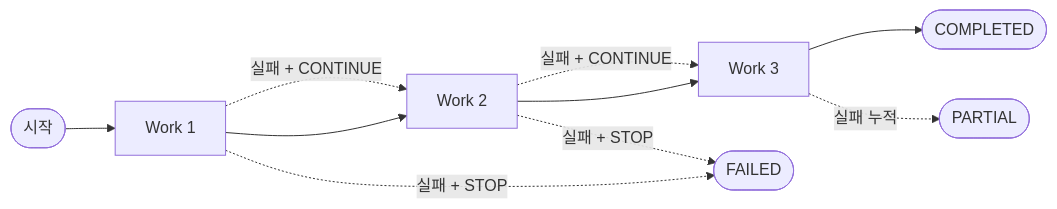
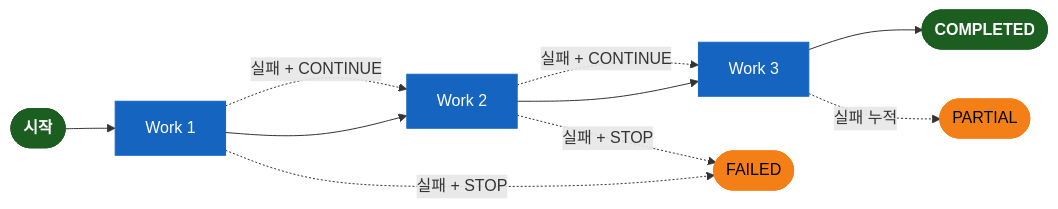
Before and after one commit to bluetape4k/bluetape4k-projects: the fourth of 8 diagrams in utils/workflow/README.ko.md, drawn with Mermaid. The commit also changed other lines of this file and 221 other files, not shown here.

First line of the commit message:
docs: 전체 모듈 README UML 다이어그램 보강 및 색상 업그레이드

````diff
--- a/utils/workflow/README.ko.md
+++ b/utils/workflow/README.ko.md
@@ -147,9 +168,17 @@
 ```mermaid
 flowchart LR
     S([시작]) --> W1[Work 1] --> W2[Work 2] --> W3[Work 3] --> E([COMPLETED])
     W1 -. "실패 + STOP" .-> F([FAILED])
     W2 -. "실패 + STOP" .-> F
     W1 -. "실패 + CONTINUE" .-> W2
     W2 -. "실패 + CONTINUE" .-> W3
     W3 -. "실패 누적" .-> P([PARTIAL])
+
+    classDef coreStyle fill:#1B5E20,stroke:#1B5E20,color:#FFFFFF,font-weight:bold
+    classDef serviceStyle fill:#1565C0,stroke:#1565C0,color:#FFFFFF
+    classDef dataStyle fill:#F57F17,stroke:#F57F17,color:#000000
+
+    class W1,W2,W3 serviceStyle
+    class S,E coreStyle
+    class F,P dataStyle
 ```
````
